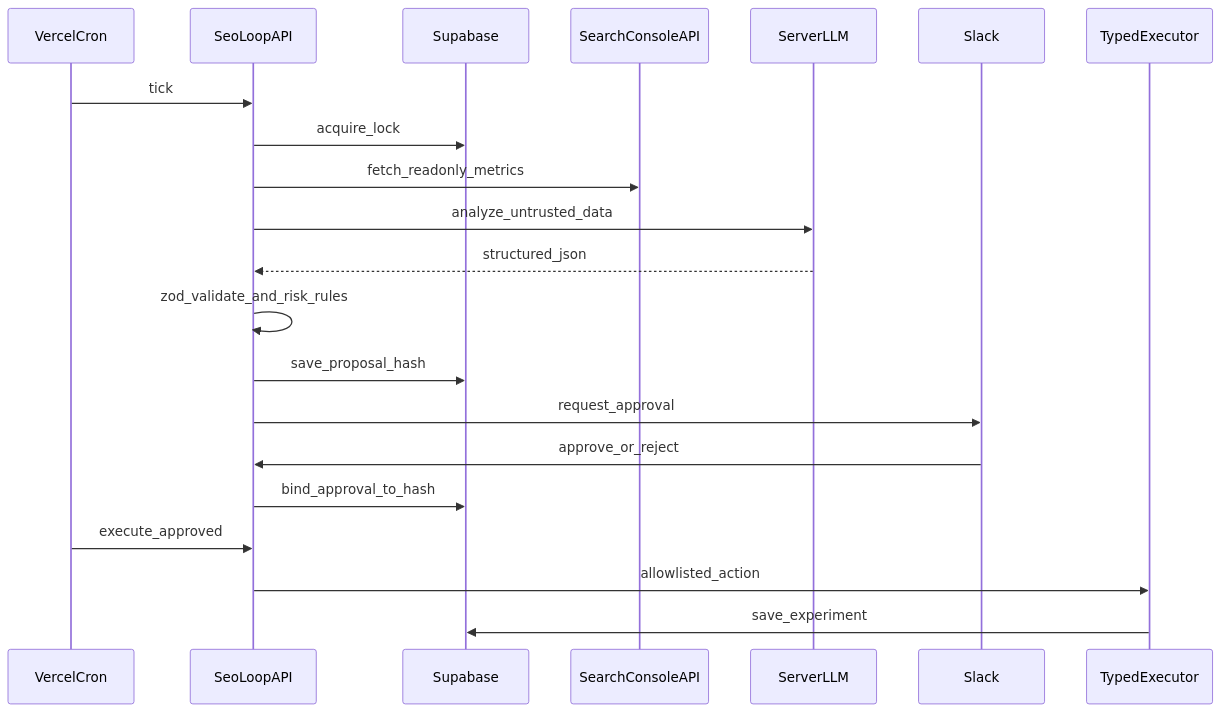
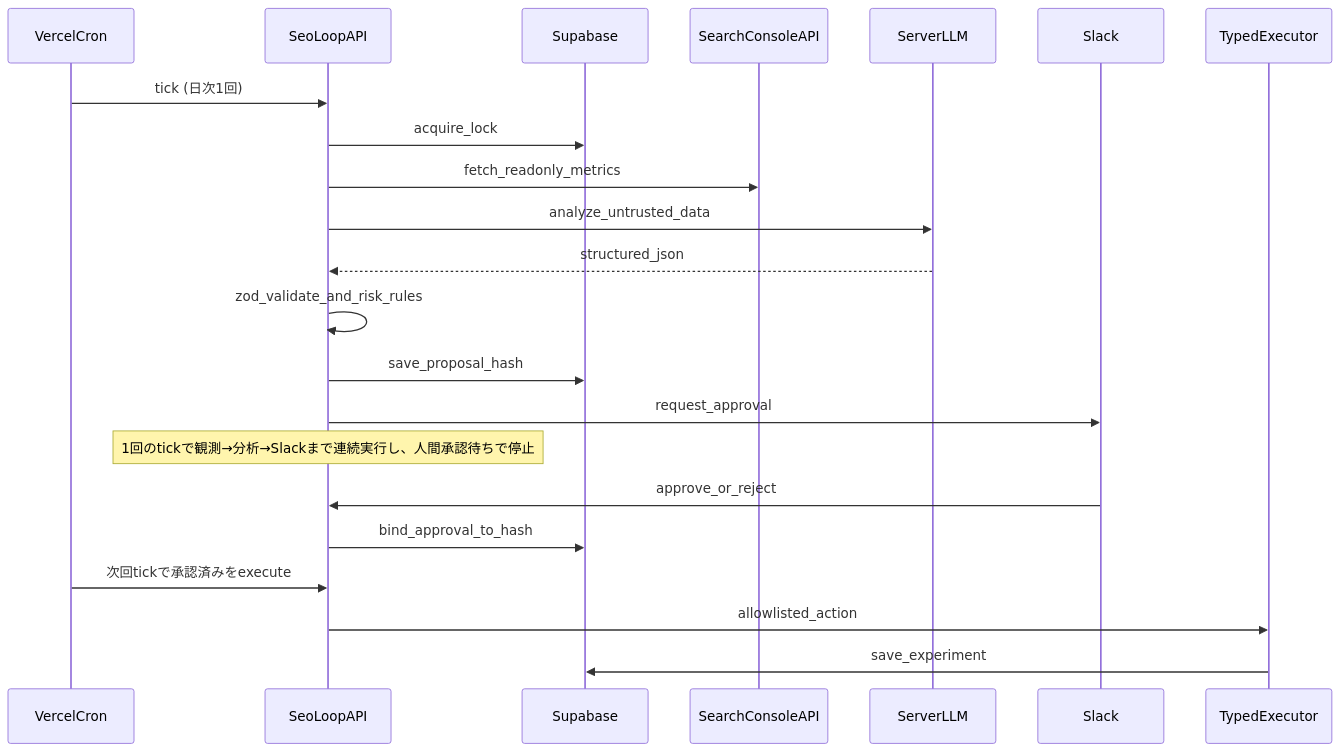
One commit to kurataraku/survey-app changed the diagram in docs/SEO_AUTONOMOUS_LOOP.md. Above: the diagram before and after it, drawn with Mermaid. The commit also changed 2 other files, not shown here.

Commit message:
fix: advance SEO loop to Slack approval in one cron tick
Run observe, analyze, and Slack notify consecutively in a single invocation so the daily cron can deliver proposals without multiple hits. Prefer resuming actionable open runs before starting today's work.

````diff
--- a/docs/SEO_AUTONOMOUS_LOOP.md
+++ b/docs/SEO_AUTONOMOUS_LOOP.md
@@ -7,24 +7,25 @@
 ```mermaid
 sequenceDiagram
   participant Cron as VercelCron
   participant API as SeoLoopAPI
   participant DB as Supabase
   participant GSC as SearchConsoleAPI
   participant LLM as ServerLLM
   participant Slack as Slack
   participant Exec as TypedExecutor
 
-  Cron->>API: tick
+  Cron->>API: tick (日次1回)
   API->>DB: acquire_lock
   API->>GSC: fetch_readonly_metrics
   API->>LLM: analyze_untrusted_data
   LLM-->>API: structured_json
   API->>API: zod_validate_and_risk_rules
   API->>DB: save_proposal_hash
   API->>Slack: request_approval
+  Note over API: 1回のtickで観測→分析→Slackまで連続実行し、人間承認待ちで停止
   Slack->>API: approve_or_reject
   API->>DB: bind_approval_to_hash
-  Cron->>API: execute_approved
+  Cron->>API: 次回tickで承認済みをexecute
   API->>Exec: allowlisted_action
   Exec->>DB: save_experiment
 ```
````
